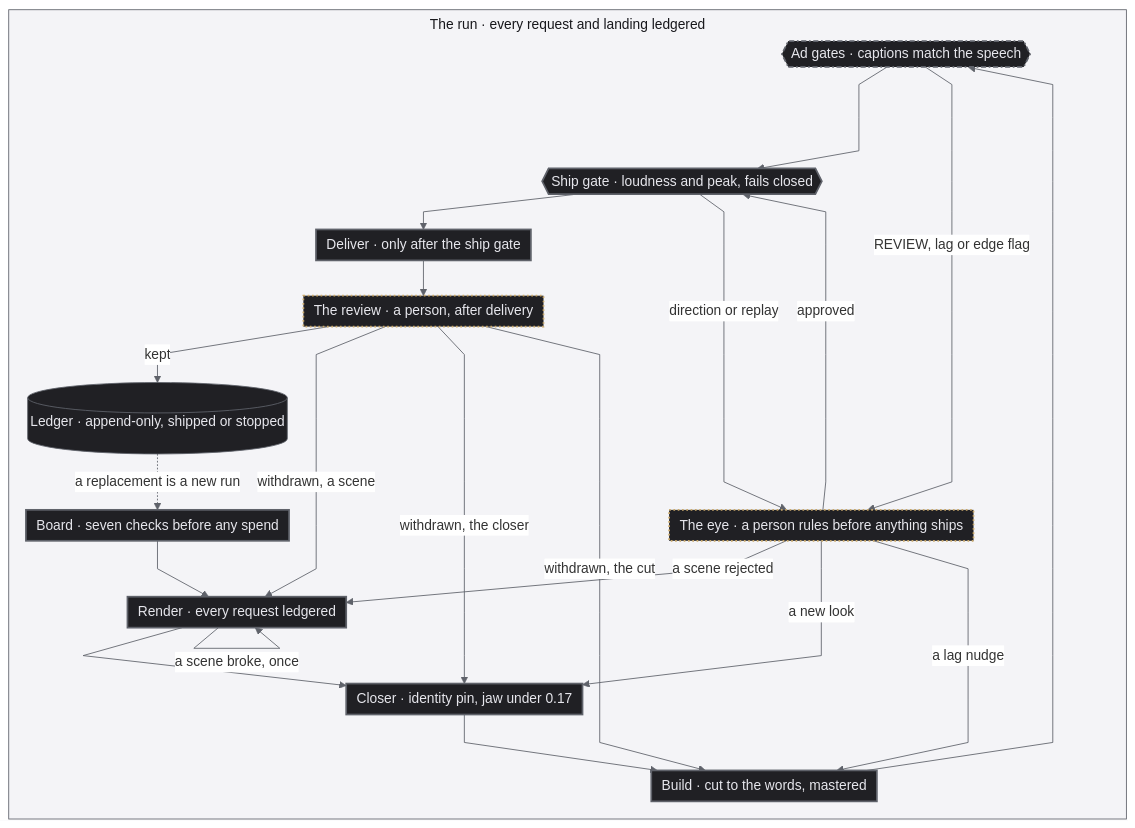
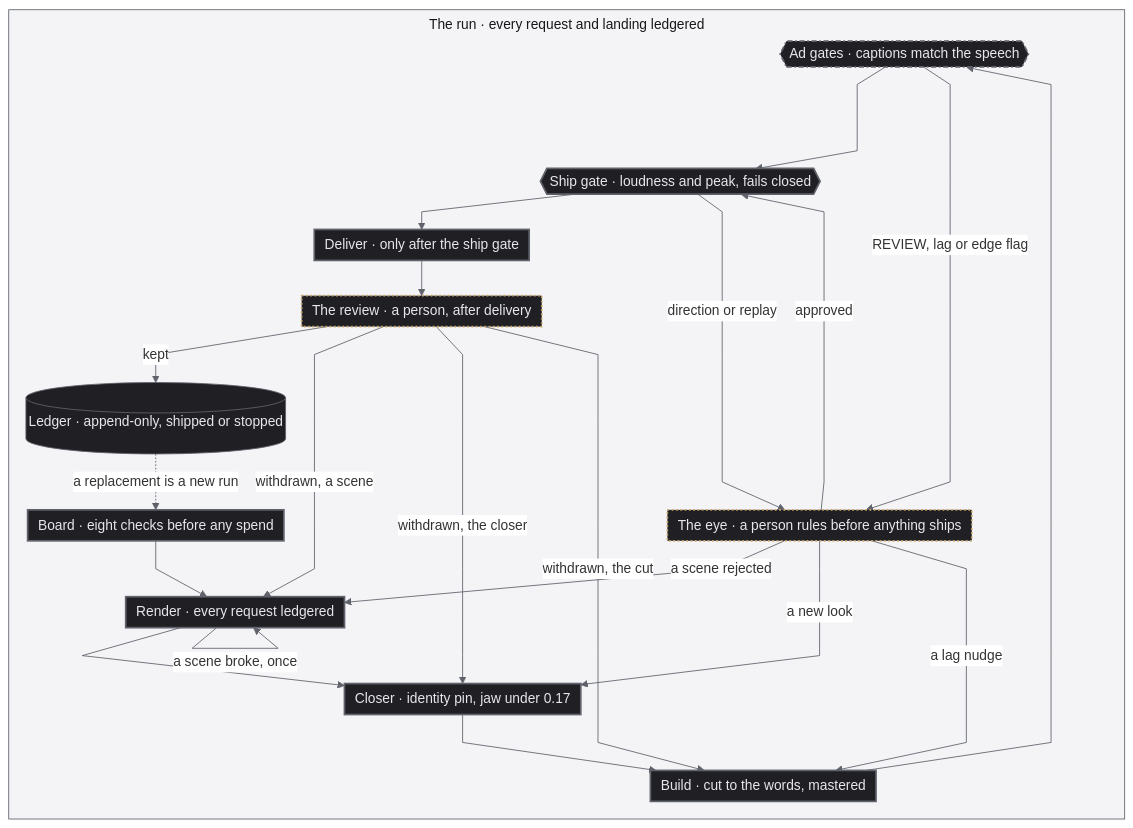
Before and after one commit to jameswniu/autonomous-ads-pipeline-multimodal-evals: the diagram in README.md, drawn with Mermaid. The commit also changed other lines of this file and 19 other files, not shown here.

````diff
--- a/README.md
+++ b/README.md
@@ -169,40 +169,40 @@
 ```mermaid
 %%{init: {'flowchart': {'curve': 'linear', 'nodeSpacing': 20, 'rankSpacing': 16, 'padding': 6, 'diagramPadding': 2, 'wrappingWidth': 520, 'subGraphTitleMargin': {'top': 6, 'bottom': 10}}, 'themeVariables': {'fontSize': '16px', 'lineColor': '#5f626a', 'edgeLabelBackground': '#ffffff', 'clusterBkg': '#f4f4f7', 'clusterBorder': '#5f626a', 'titleColor': '#18181c'}}}%%
 flowchart TD
     subgraph RUN["The run · every request and landing ledgered"]
         direction TB
         ad_gates{{"Ad gates · captions match the speech"}}
         %% GH is an invisible twin of the eye, it balances the spine so the steps stay in one column
         ad_gates ~~~ GH["The eye · a person rules before anything ships"]
         GH ~~~ ship_gate
-        board["Board · seven checks before any spend"] --> render["Render · every request ledgered"] --> closer["Closer · identity pin, jaw under 0.17"] --> build["Build · cut to the words, mastered"] --> ad_gates --> ship_gate{{"Ship gate · loudness and peak, fails closed"}} --> deliver["Deliver · only after the ship gate"]
+        board["Board · eight checks before any spend"] --> render["Render · every request ledgered"] --> closer["Closer · identity pin, jaw under 0.17"] --> build["Build · cut to the words, mastered"] --> ad_gates --> ship_gate{{"Ship gate · loudness and peak, fails closed"}} --> deliver["Deliver · only after the ship gate"]
         deliver --> review["The review · a person, after delivery"]
         review -->|"kept"| ledger[("Ledger · append-only, shipped or stopped")]
         render -->|"a scene broke, once"| render
         ad_gates -->|"REVIEW, lag or edge flag"| eye["The eye · a person rules before anything ships"]
         eye -->|"approved"| ship_gate
         eye -->|"a scene rejected"| render
         eye -->|"a new look"| closer
         eye -->|"a lag nudge"| build
         ship_gate -->|"direction or replay"| eye
         review -->|"withdrawn, a scene"| render
         review -->|"withdrawn, the closer"| closer
         review -->|"withdrawn, the cut"| build
         ledger -.->|"a replacement is a new run"| board
     end
 
     classDef run fill:#202024,stroke:#5f626a,color:#e6e6ec
     classDef process fill:#202024,stroke:#5f626a,stroke-width:2px,color:#e6e6ec
     classDef outcome fill:#202024,stroke:#5f626a,stroke-width:2px,stroke-dasharray:6 3,color:#e6e6ec
     classDef quality fill:#202024,stroke:#c9a86a,stroke-width:2px,stroke-dasharray:2 3,color:#e6e6ec
     classDef shared fill:#202024,stroke:#5f626a,stroke-width:2px,stroke-dasharray:6 3 2 3,color:#e6e6ec
     classDef ghost fill:none,stroke:none,color:transparent
     class ledger run
     class board,render,closer,build,ship_gate,deliver process
     class ad_gates outcome
     class ad_gates quality
     class ad_gates shared
     class eye,review quality
     class GH ghost
     style RUN fill:#f4f4f7,stroke:#5f626a,color:#18181c
 ```
````
